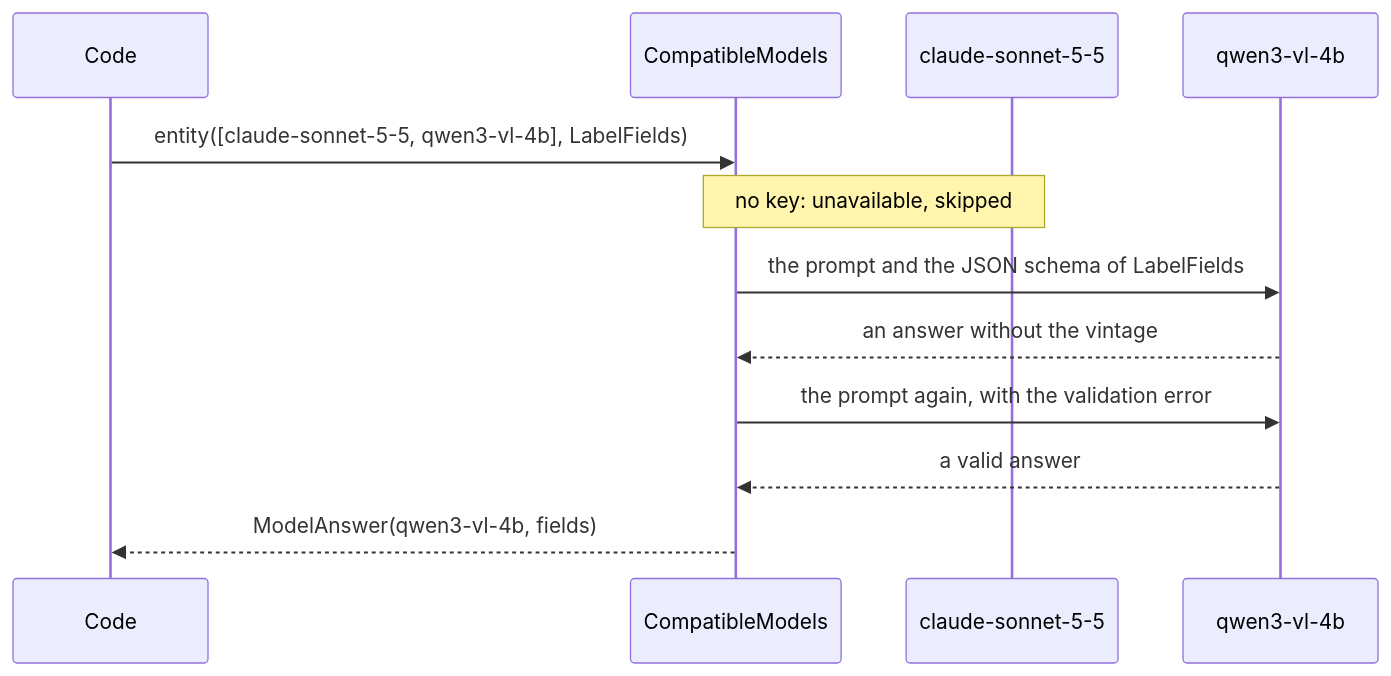
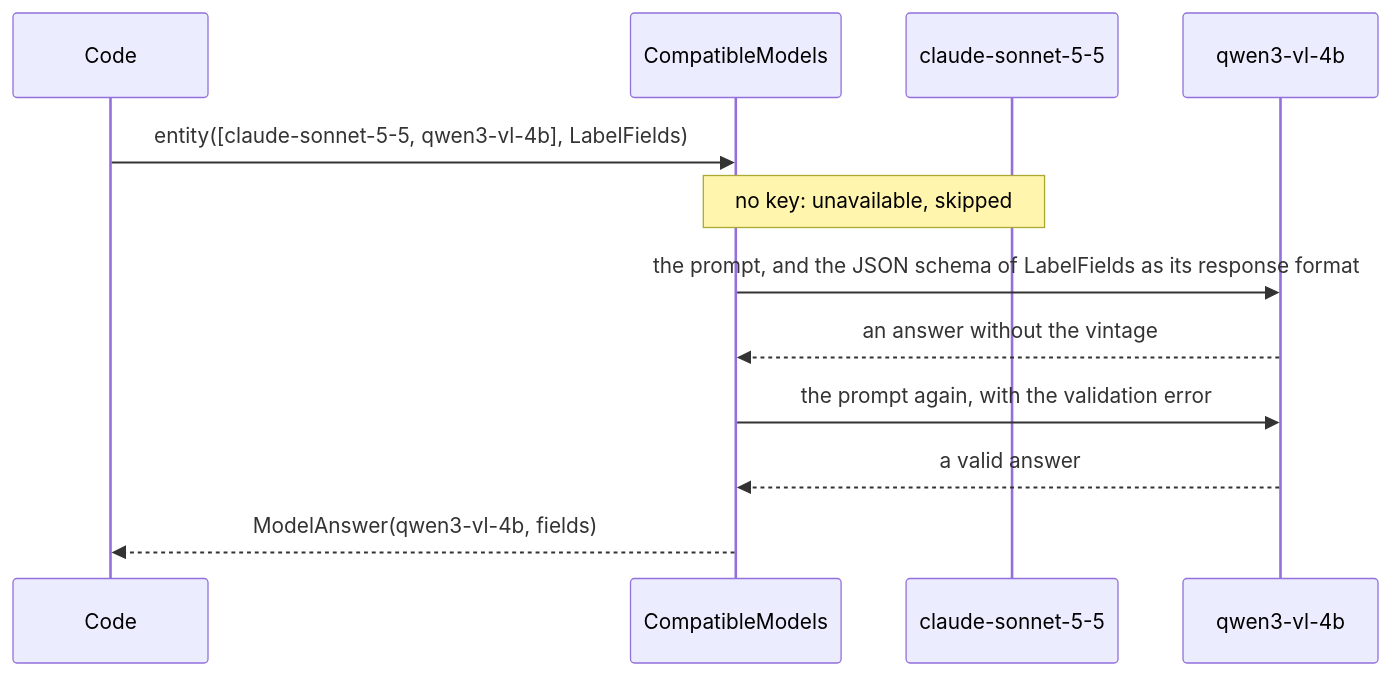
One commit to mboisnard/drinkit changed the second of 2 diagrams in tech-starters/backend/ai-starter/README.md. Above: the diagram before and after it, drawn with Mermaid. The commit also changed other lines of this file and 4 other files, not shown here.

First line of the commit message:
[TECH-STARTER] Hand the JSON schema of a typed answer to the provider rather than to the prompt (#691)

````diff
--- a/tech-starters/backend/ai-starter/README.md
+++ b/tech-starters/backend/ai-starter/README.md
@@ -24,14 +24,14 @@
 ```mermaid
 sequenceDiagram
     participant Code
     participant Models as CompatibleModels
     participant Claude as claude-sonnet-5-5
     participant Qwen as qwen3-vl-4b
     Code->>Models: entity([claude-sonnet-5-5, qwen3-vl-4b], LabelFields)
     Note over Models,Claude: no key: unavailable, skipped
-    Models->>Qwen: the prompt and the JSON schema of LabelFields
+    Models->>Qwen: the prompt, and the JSON schema of LabelFields as its response format
     Qwen-->>Models: an answer without the vintage
     Models->>Qwen: the prompt again, with the validation error
     Qwen-->>Models: a valid answer
     Models-->>Code: ModelAnswer(qwen3-vl-4b, fields)
 ```
````
